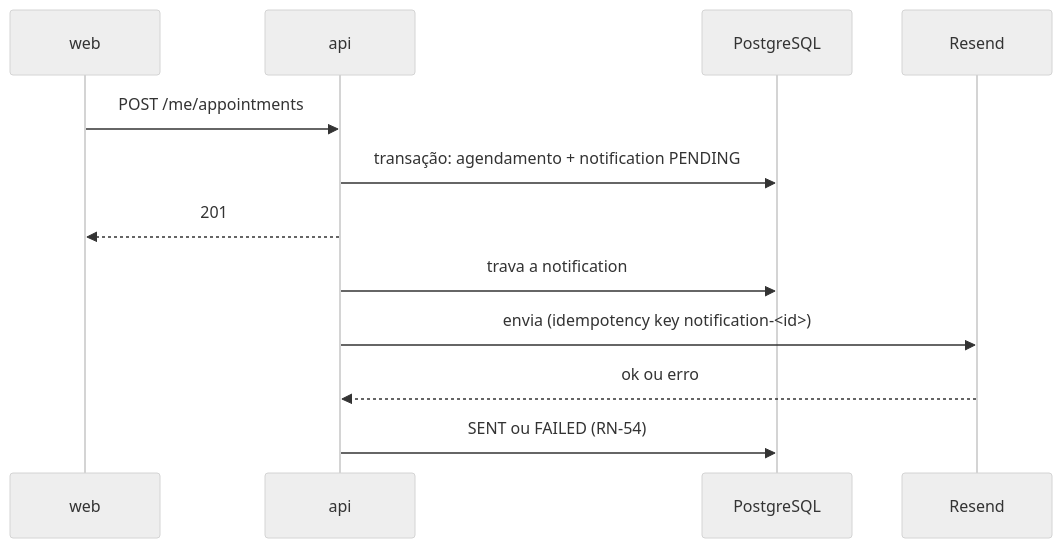
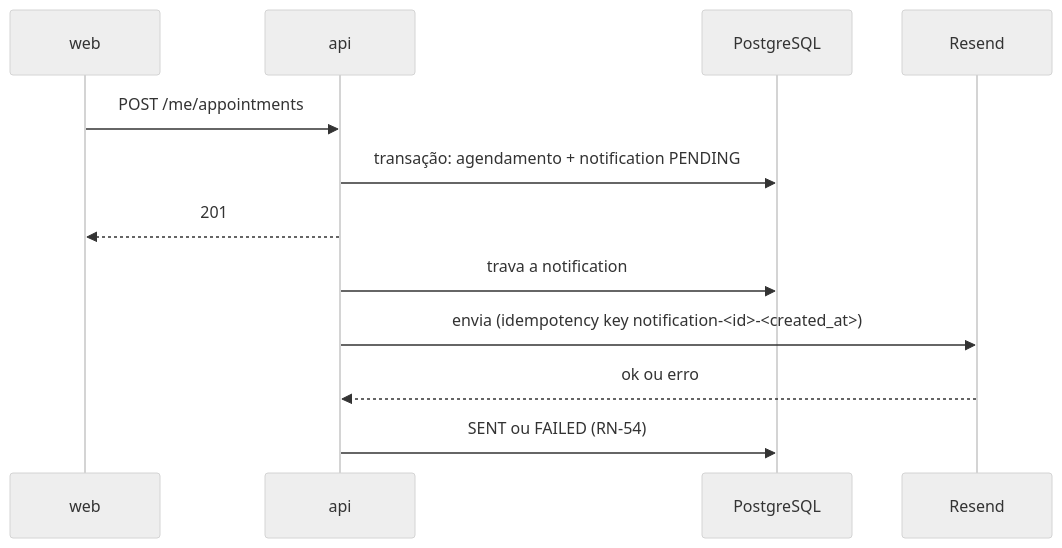
The diagram in docs/specs/notificacoes-email.md (vitorazevedop7/AugustoBarbearia), drawn with Mermaid (neutral theme) before and after one commit. The commit also changed other lines of this file and 3 other files, not shown here.

````diff
--- a/docs/specs/notificacoes-email.md
+++ b/docs/specs/notificacoes-email.md
@@ -210,15 +210,15 @@
 ```mermaid
 sequenceDiagram
     participant W as web
     participant A as api
     participant D as PostgreSQL
     participant R as Resend
 
     W->>A: POST /me/appointments
     A->>D: transação: agendamento + notification PENDING
     A-->>W: 201
     A->>D: trava a notification
-    A->>R: envia (idempotency key notification-<id>)
+    A->>R: envia (idempotency key notification-<id>-<created_at>)
     R-->>A: ok ou erro
     A->>D: SENT ou FAILED (RN-54)
 ```
````
